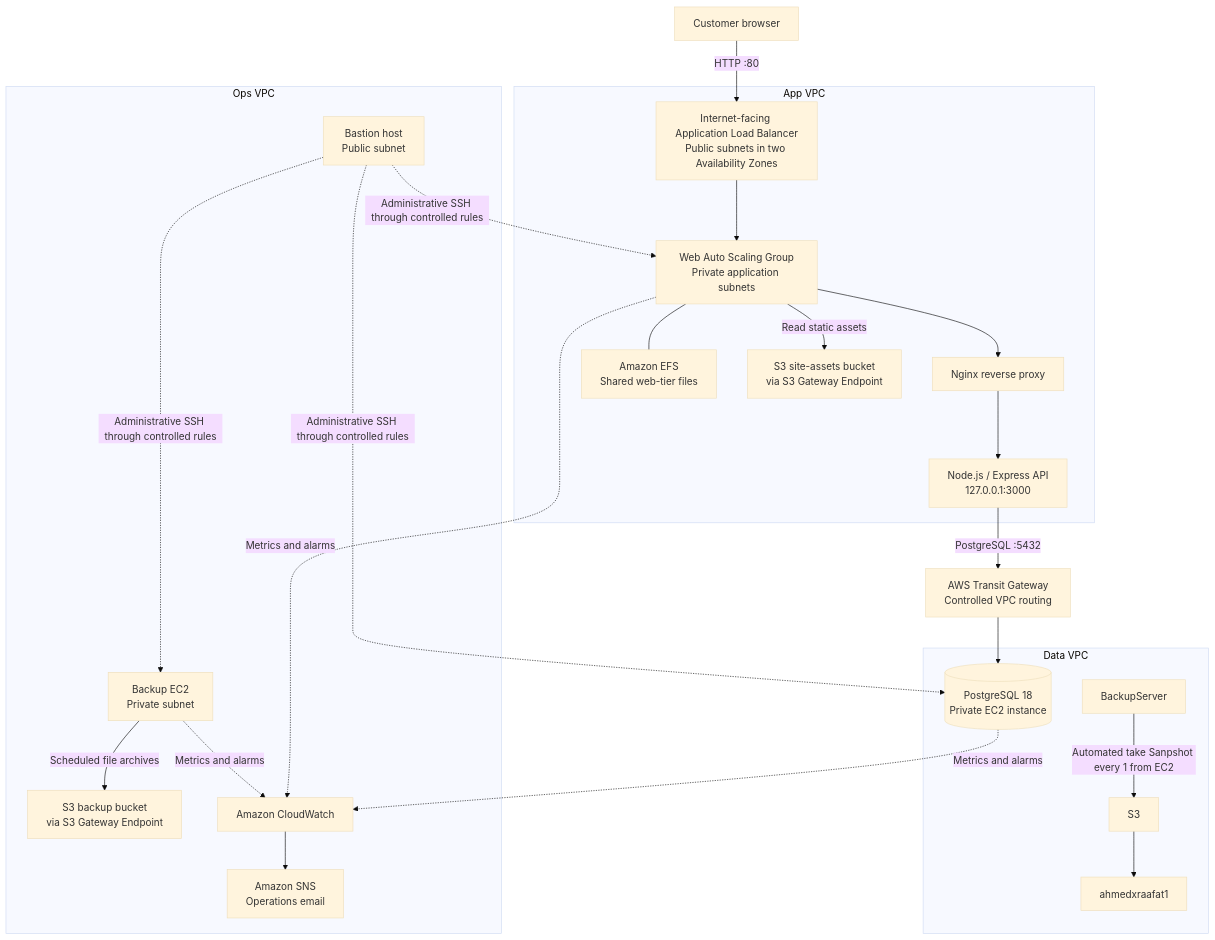
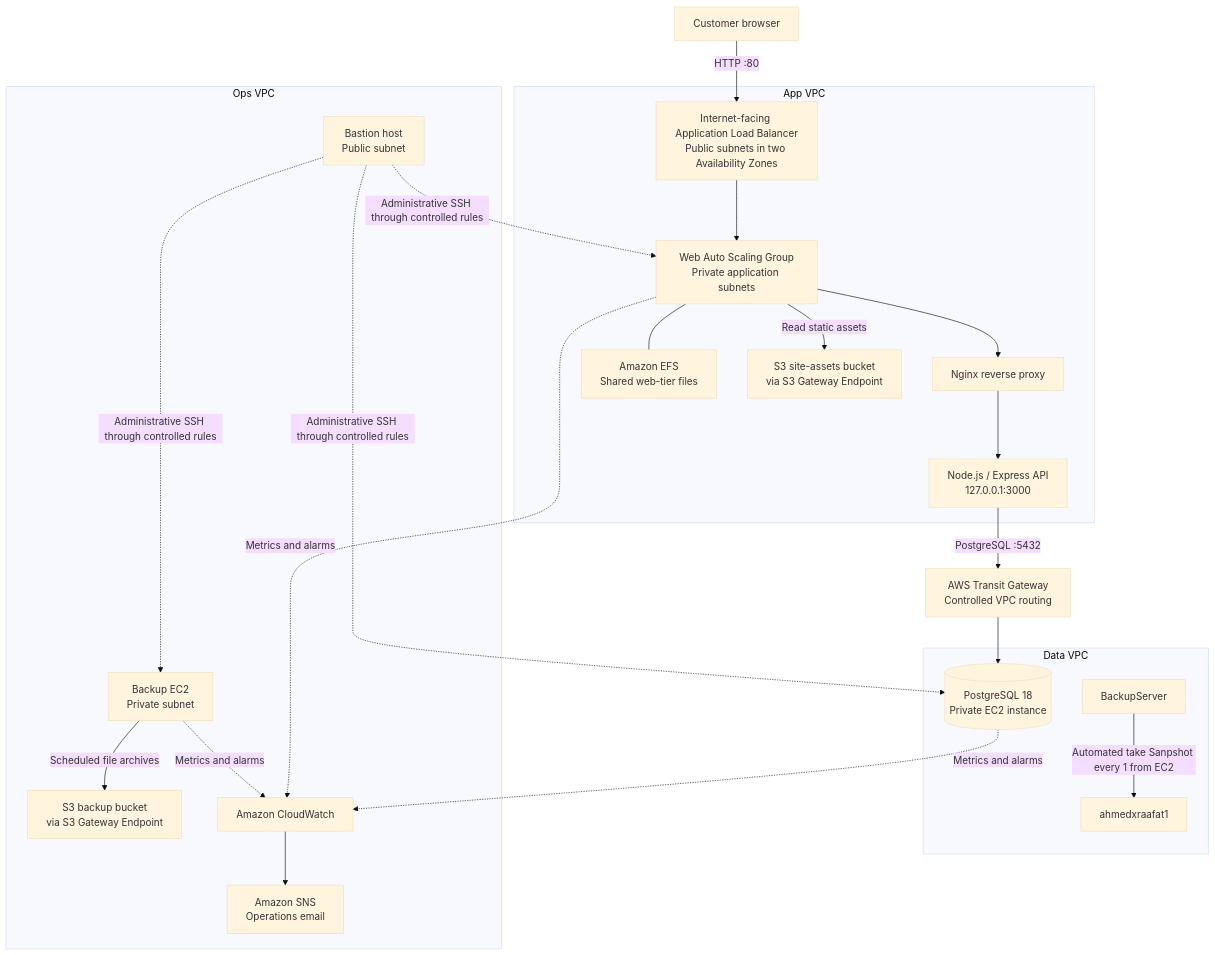
One commit to ahmadraafat22/CloudNova changed the diagram in README.md. Above: the diagram before and after it, drawn with Mermaid (base theme).

Commit message:
Fix snapshot backup reference in README

````diff
--- a/README.md
+++ b/README.md
@@ -76,37 +76,36 @@
 ```mermaid
 flowchart TB
     U[Customer browser] -->|HTTP :80| ALB[Internet-facing Application Load Balancer\nPublic subnets in two Availability Zones]
 
     subgraph APP[App VPC]
         ALB --> ASG[Web Auto Scaling Group\nPrivate application subnets]
         ASG --> N[Nginx reverse proxy]
         N --> API[Node.js / Express API\n127.0.0.1:3000]
         ASG --- EFS[Amazon EFS\nShared web-tier files]
         ASG -->|Read static assets| S3SITE[S3 site-assets bucket\nvia S3 Gateway Endpoint]
     end
 
     subgraph DATA[Data VPC]
         DB[(PostgreSQL 18\nPrivate EC2 instance)]
-        BackupServer -->|Automated take Sanpshot every 1 from EC2|S3
-        S3-->ahmedxraafat1
+        BackupServer -->|Automated take Sanpshot every 1 from EC2|S3[ahmedxraafat1]
     end
 
     subgraph OPS[Ops VPC]
         B[Bastion host\nPublic subnet]
         BK[Backup EC2\nPrivate subnet]
         S3BACKUP[S3 backup bucket\nvia S3 Gateway Endpoint]
         CW[Amazon CloudWatch]
         SNS[Amazon SNS\nOperations email]
         BK -->|Scheduled file archives| S3BACKUP
         CW --> SNS
     end
 
     API -->|PostgreSQL :5432| TGW[AWS Transit Gateway\nControlled VPC routing]
     TGW --> DB
     B -. Administrative SSH through controlled rules .-> ASG
     B -. Administrative SSH through controlled rules .-> DB
     B -. Administrative SSH through controlled rules .-> BK
     ASG -. Metrics and alarms .-> CW
     DB -. Metrics and alarms .-> CW
     BK -. Metrics and alarms .-> CW
 ```
````
